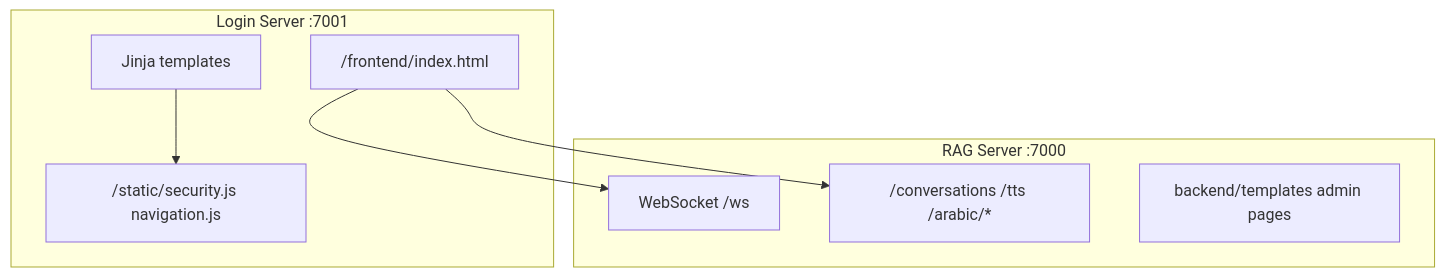
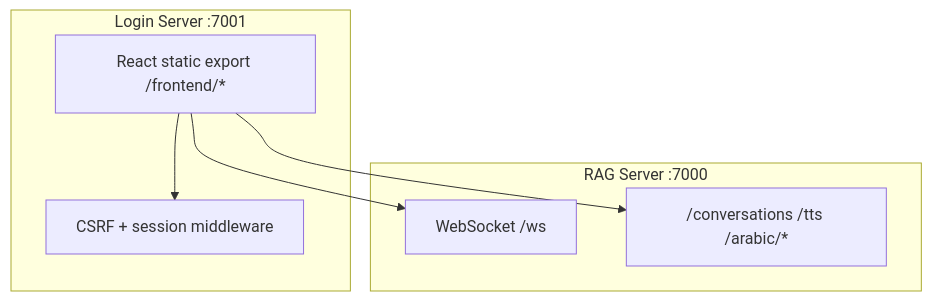
Before and after one commit to Jonathan980JO/assistify-rag-project: diagram 24 of 35 in docs/DIAGRAMS.md, drawn with Mermaid. The commit also changed 26 other files, not shown here.

````diff
--- a/docs/DIAGRAMS.md
+++ b/docs/DIAGRAMS.md
@@ -743,16 +743,14 @@
 ```mermaid
 flowchart TB
     subgraph login7001 [Login Server :7001]
-        Jinja[Jinja templates]
-        StaticChat["/frontend/index.html"]
-        StaticJS["/static/security.js navigation.js"]
+        ReactUI["React static export /frontend/*"]
+        StaticJS["CSRF + session middleware"]
     end
     subgraph rag7000 [RAG Server :7000]
         WS["WebSocket /ws"]
         REST["/conversations /tts /arabic/*"]
-        RagAdmin[backend/templates admin pages]
     end
-    Jinja --> StaticJS
-    StaticChat --> WS
-    StaticChat --> REST
+    ReactUI --> StaticJS
+    ReactUI --> WS
+    ReactUI --> REST
 ```
````
